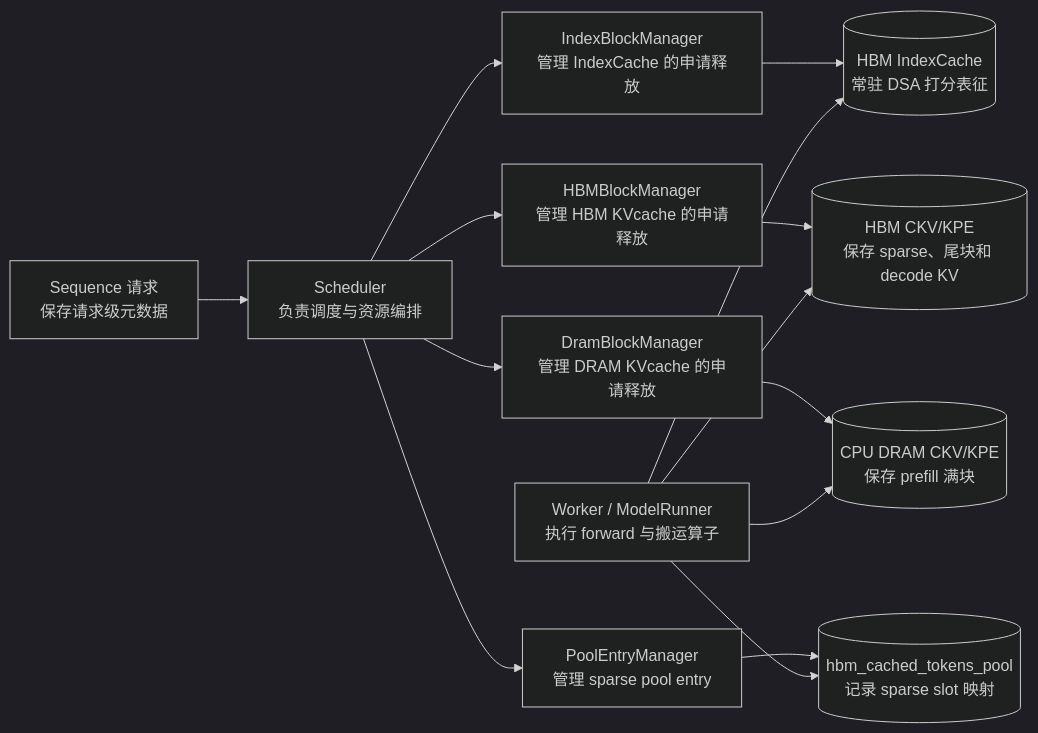
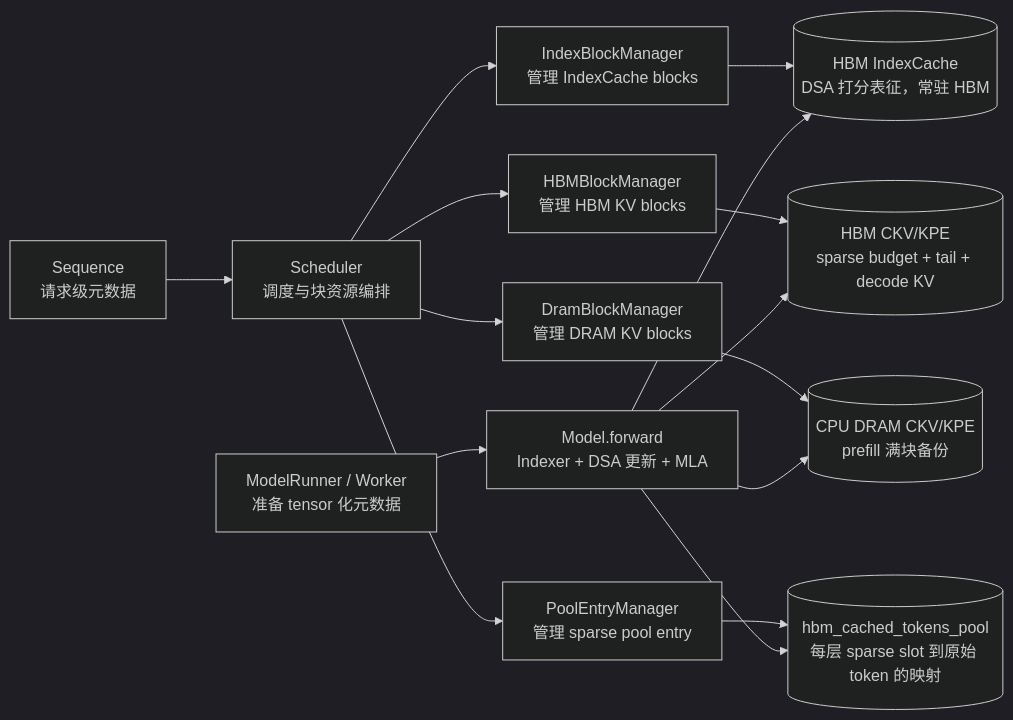
Before and after one commit to xwLearnsLLM/nanovllm-DSA-offload: the first of 3 diagrams in DSA-offload设计文档.md, drawn with Mermaid (dark theme). The commit also changed other lines of this file and 146 other files, not shown here.

````diff
--- a/DSA-offload设计文档.md
+++ b/DSA-offload设计文档.md
@@ -9,18 +9,19 @@
 ```mermaid
 flowchart LR
-    Req["Sequence 请求<br/>保存请求级元数据"] --> S["Scheduler<br/>负责调度与资源编排"]
-    S --> IBM["IndexBlockManager<br/>管理 IndexCache 的申请释放"]
-    S --> HBM["HBMBlockManager<br/>管理 HBM KVcache 的申请释放"]
-    S --> DBM["DramBlockManager<br/>管理 DRAM KVcache 的申请释放"]
-    S --> PEM["PoolEntryManager<br/>管理 sparse pool entry"]
+    Req["Sequence<br/>请求级元数据"] --> Sch["Scheduler<br/>调度与块资源编排"]
+    Sch --> IBM["IndexBlockManager<br/>管理 IndexCache blocks"]
+    Sch --> HBM["HBMBlockManager<br/>管理 HBM KV blocks"]
+    Sch --> DBM["DramBlockManager<br/>管理 DRAM KV blocks"]
+    Sch --> PEM["PoolEntryManager<br/>管理 sparse pool entry"]
 
-    IBM --> IC[("HBM IndexCache<br/>常驻 DSA 打分表征")]
-    HBM --> HKV[("HBM CKV/KPE<br/>保存 sparse、尾块和 decode KV")]
-    DBM --> DKV[("CPU DRAM CKV/KPE<br/>保存 prefill 满块")]
-    PEM --> Pool[("hbm_cached_tokens_pool<br/>记录 sparse slot 映射")]
+    IBM --> IC[("HBM IndexCache<br/>DSA 打分表征，常驻 HBM")]
+    HBM --> HKV[("HBM CKV/KPE<br/>sparse budget + tail + decode KV")]
+    DBM --> DKV[("CPU DRAM CKV/KPE<br/>prefill 满块备份")]
+    PEM --> Pool[("hbm_cached_tokens_pool<br/>每层 sparse slot 到原始 token 的映射")]
 
-    W["Worker / ModelRunner<br/>执行 forward 与搬运算子"] --> IC
-    W --> HKV
-    W --> DKV
-    W --> Pool
+    MR["ModelRunner / Worker<br/>准备 tensor 化元数据"] --> FWD["Model.forward<br/>Indexer + DSA 更新 + MLA"]
+    FWD --> IC
+    FWD --> HKV
+    FWD --> DKV
+    FWD --> Pool
 ```
````
